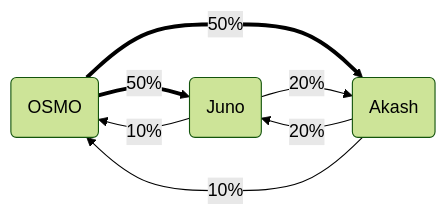
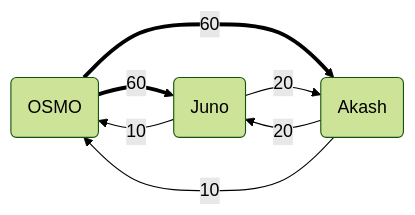
Before and after one commit to 0xVov5/mesh: the second of 5 diagrams in docs/UseCases.md, drawn with Mermaid. The commit also changed other lines of this file and 1 other file, not shown here.

````diff
--- a/docs/UseCases.md
+++ b/docs/UseCases.md
@@ -27,10 +39,10 @@
 ```mermaid
 flowchart LR
   %%{init: {'theme': 'forest'}}%%
-  A(OSMO) == 50% ==> B(Juno);
-  A == 50% ==> C(Akash);
-  B -- 20% --> C;
-  C -- 20% --> B;
-  B -- 10% --> A;
-  C -- 10% --> A;
+  A(OSMO) == 60 ==> B(Juno);
+  A == 60 ==> C(Akash);
+  B -- 20 --> C;
+  C -- 20 --> B;
+  B -- 10 --> A;
+  C -- 10 --> A;
 ```
````
